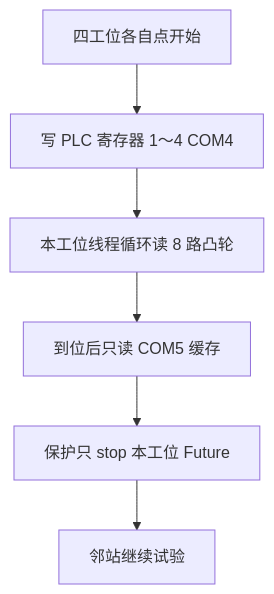
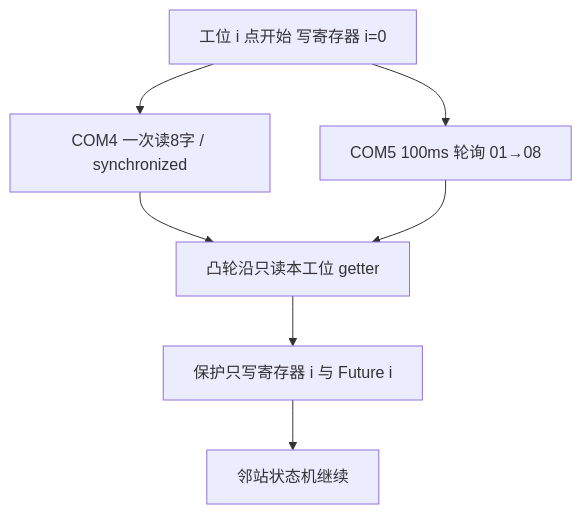
The eighth of 8 diagrams in docs/课题报告-功能实现分析.md (grittendorotea-lgtm/jiedianshouming-wendang), drawn with Mermaid before and after one commit. The commit also changed other lines of this file and 11 other files, not shown here.

````diff
--- a/docs/课题报告-功能实现分析.md
+++ b/docs/课题报告-功能实现分析.md
@@ -330,8 +344,9 @@
 ```mermaid
 flowchart TD
-  A[四工位各自点开始] --> B[写 PLC 寄存器 1～4 COM4]
-  B --> C[本工位线程循环读 8 路凸轮]
-  C --> D[到位后只读 COM5 缓存]
-  D --> E[保护只 stop 本工位 Future]
-  E --> F[邻站继续试验]
+  S[工位 i 点开始 写寄存器 i=0] --> C[COM4 一次读8字 / synchronized]
+  S --> M[COM5 100ms 轮询 01→08]
+  C --> G[凸轮沿只读本工位 getter]
+  M --> G
+  G --> P[保护只写寄存器 i 与 Future i]
+  P --> E[邻站状态机继续]
 ```
````
